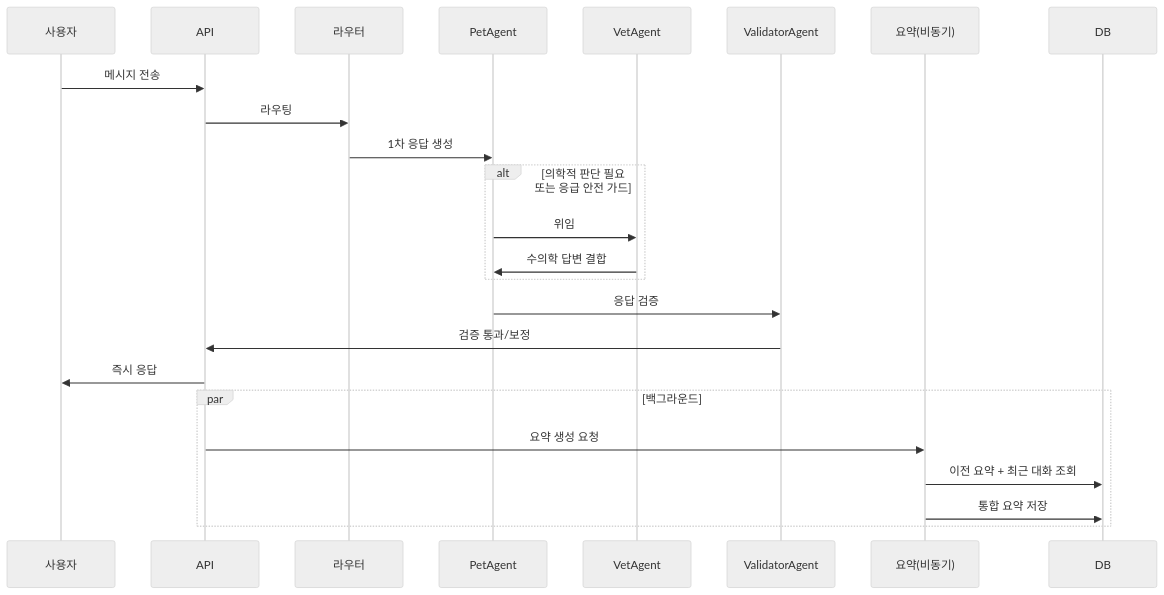
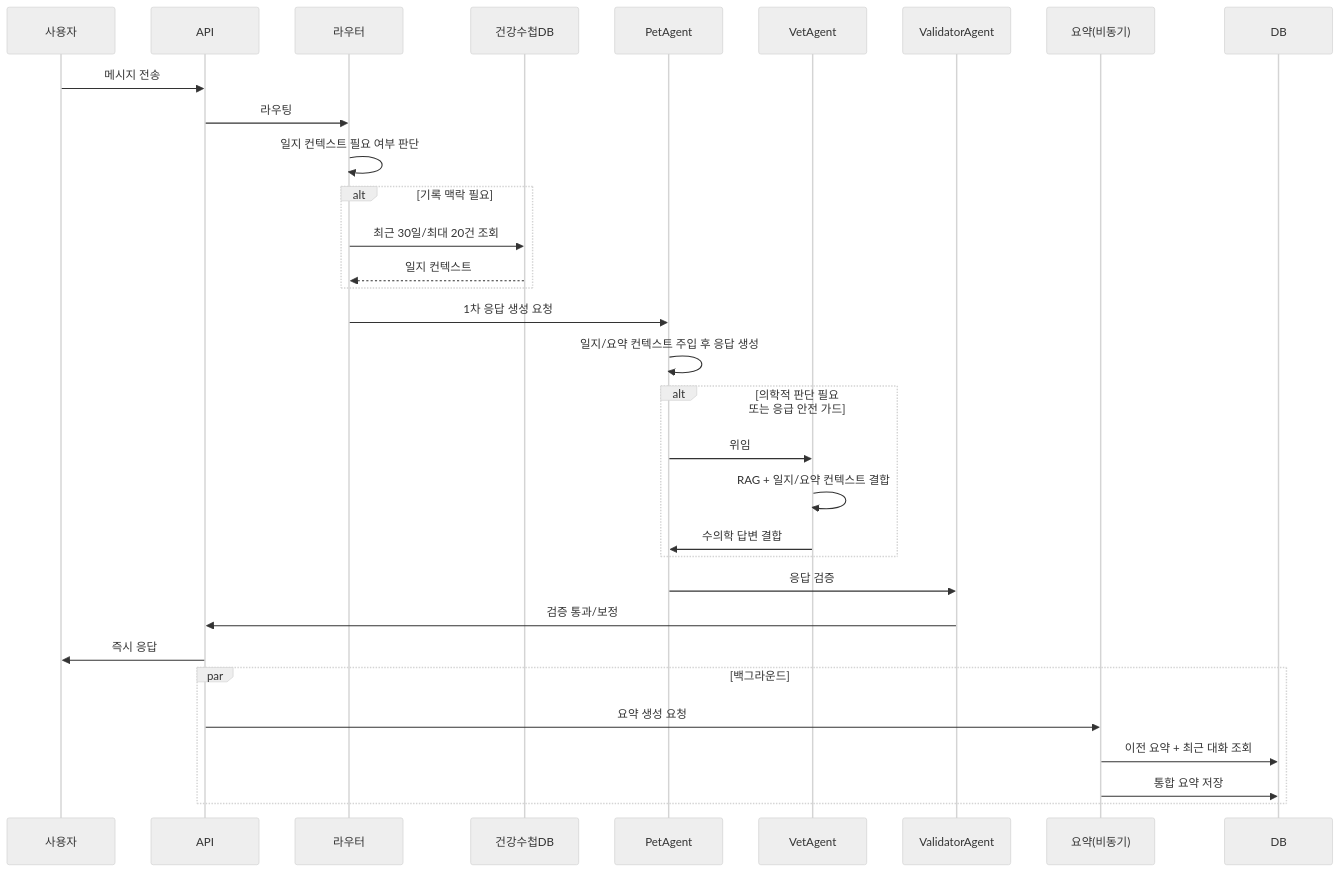
Before and after one commit to KimJeonghun91/Kimjeonghun91.github.io: the second of 2 diagrams in blog/barabomlog/2026-02-24-advanced-prompting/index.md, drawn with Mermaid (neutral theme). The commit also changed other lines of this file, not shown here.

Commit message:
포스트 수정2

````diff
--- a/blog/barabomlog/2026-02-24-advanced-prompting/index.md
+++ b/blog/barabomlog/2026-02-24-advanced-prompting/index.md
@@ -102,30 +109,38 @@
 ```mermaid
 sequenceDiagram
     participant User as 사용자
     participant API as API
     participant Router as 라우터
+    participant Diary as 건강수첩DB
     participant Pet as PetAgent
     participant Vet as VetAgent
     participant Validator as ValidatorAgent
     participant Summary as 요약(비동기)
     participant DB as DB
 
     User->>API: 메시지 전송
     API->>Router: 라우팅
-    Router->>Pet: 1차 응답 생성
+    Router->>Router: 일지 컨텍스트 필요 여부 판단
+    alt 기록 맥락 필요
+        Router->>Diary: 최근 30일/최대 20건 조회
+        Diary-->>Router: 일지 컨텍스트
+    end
+    Router->>Pet: 1차 응답 생성 요청
+    Pet->>Pet: 일지/요약 컨텍스트 주입 후 응답 생성
 
     alt 의학적 판단 필요 또는 응급 안전 가드
         Pet->>Vet: 위임
+        Vet->>Vet: RAG + 일지/요약 컨텍스트 결합
         Vet->>Pet: 수의학 답변 결합
     end
 
     Pet->>Validator: 응답 검증
     Validator->>API: 검증 통과/보정
     API->>User: 즉시 응답
 
     par 백그라운드
         API->>Summary: 요약 생성 요청
         Summary->>DB: 이전 요약 + 최근 대화 조회
         Summary->>DB: 통합 요약 저장
     end
 ```
````
